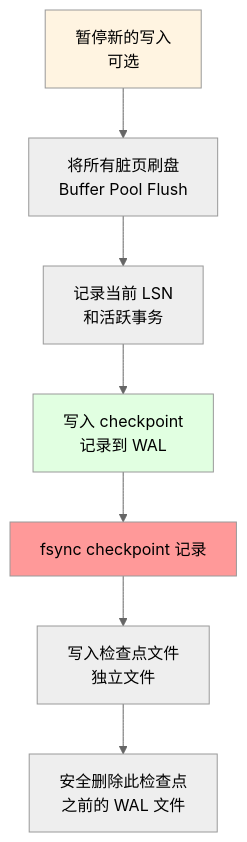
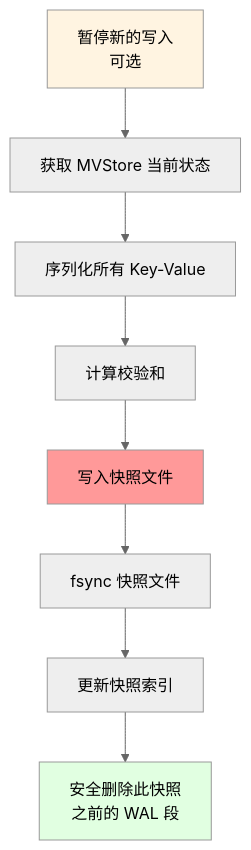
The sixth of 7 diagrams in docs/02_design/modules/03_WAL崩溃恢复.md (jzhang405/NexKV), drawn with Mermaid (neutral theme) before and after one commit. The commit also changed other lines of this file and 14 other files, not shown here.

First line of the commit message:
docs: 添加实现状态分析与开发路线图

````diff
--- a/docs/02_design/modules/03_WAL崩溃恢复.md
+++ b/docs/02_design/modules/03_WAL崩溃恢复.md
@@ -210,13 +262,14 @@
 ```mermaid
 flowchart TD
-    A["暂停新的写入<br/>可选"] --> B["将所有脏页刷盘<br/>Buffer Pool Flush"]
-    B --> C["记录当前 LSN<br/>和活跃事务"]
-    C --> D["写入 checkpoint<br/>记录到 WAL"]
-    D --> E["fsync checkpoint 记录"]
-    E --> F["写入检查点文件<br/>独立文件"]
-    F --> G["安全删除此检查点<br/>之前的 WAL 文件"]
+    A["暂停新的写入<br/>可选"] --> B["获取 MVStore 当前状态"]
+    B --> C["序列化所有 Key-Value"]
+    C --> D["计算校验和"]
+    D --> E["写入快照文件"]
+    E --> F["fsync 快照文件"]
+    F --> G["更新快照索引"]
+    G --> H["安全删除此快照<br/>之前的 WAL 段"]
 
     style A fill:#fff4e1
-    style D fill:#e1ffe1
     style E fill:#ff9999
+    style H fill:#e1ffe1
 ```
````
